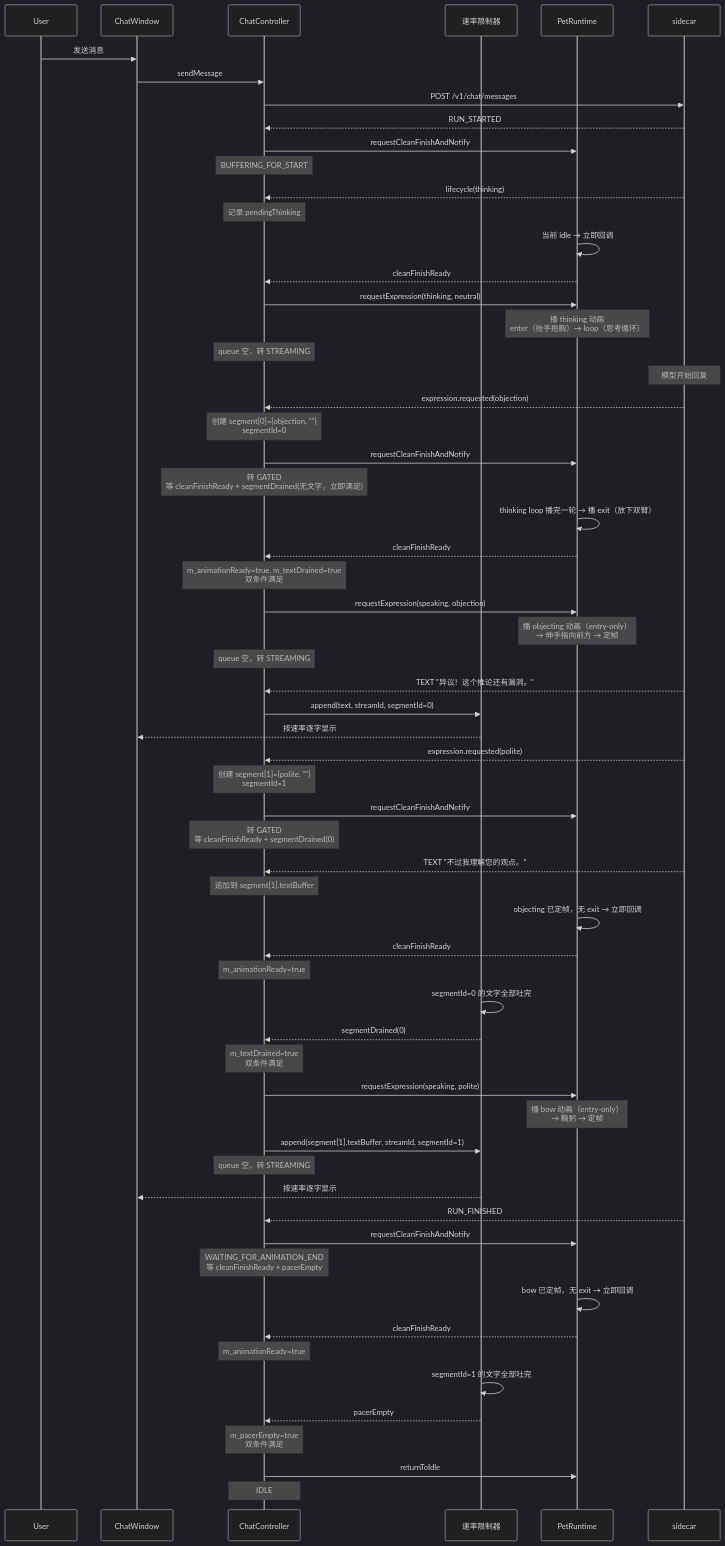
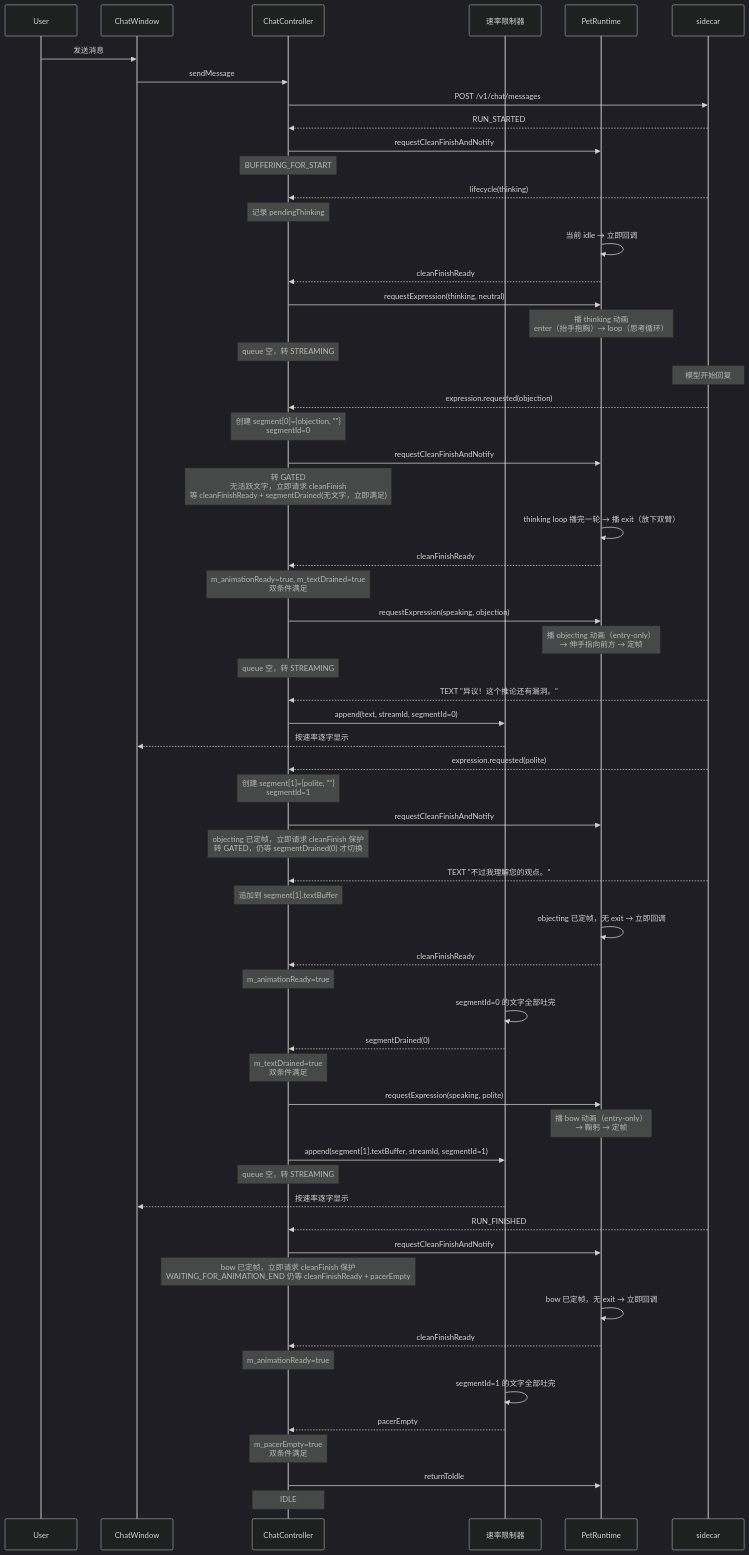
One commit to tiantian180/MilesEdgeworth changed the third of 4 diagrams in docs/v2/设计方案/AI 聊天动画编排设计.md. Above: the diagram before and after it, drawn with Mermaid (dark theme). The commit also changed other lines of this file and 1 other file, not shown here.

Commit message:
docs: 明确聊天 cleanFinish 请求时机

```diff
--- a/docs/v2/设计方案/AI 聊天动画编排设计.md
+++ b/docs/v2/设计方案/AI 聊天动画编排设计.md
@@ -556,7 +564,7 @@
     SC-->>CC: expression.requested(objection)
     Note over CC: 创建 segment[0]={objection, ""}<br/>segmentId=0
     CC->>PR: requestCleanFinishAndNotify
-    Note over CC: 转 GATED<br/>等 cleanFinishReady + segmentDrained(无文字，立即满足)
+    Note over CC: 转 GATED<br/>无活跃文字，立即请求 cleanFinish<br/>等 cleanFinishReady + segmentDrained(无文字，立即满足)
 
     PR->>PR: thinking loop 播完一轮 → 播 exit（放下双臂）
     PR-->>CC: cleanFinishReady
@@ -573,7 +581,7 @@
     SC-->>CC: expression.requested(polite)
     Note over CC: 创建 segment[1]={polite, ""}<br/>segmentId=1
     CC->>PR: requestCleanFinishAndNotify
-    Note over CC: 转 GATED<br/>等 cleanFinishReady + segmentDrained(0)
+    Note over CC: objecting 已定帧，立即请求 cleanFinish 保护<br/>转 GATED，仍等 segmentDrained(0) 才切换
 
     SC-->>CC: TEXT "不过我理解您的观点。"
     Note over CC: 追加到 segment[1].textBuffer
@@ -595,7 +603,7 @@
 
     SC-->>CC: RUN_FINISHED
     CC->>PR: requestCleanFinishAndNotify
-    Note over CC: WAITING_FOR_ANIMATION_END<br/>等 cleanFinishReady + pacerEmpty
+    Note over CC: bow 已定帧，立即请求 cleanFinish 保护<br/>WAITING_FOR_ANIMATION_END 仍等 cleanFinishReady + pacerEmpty
 
     PR->>PR: bow 已定帧，无 exit → 立即回调
     PR-->>CC: cleanFinishReady
```
